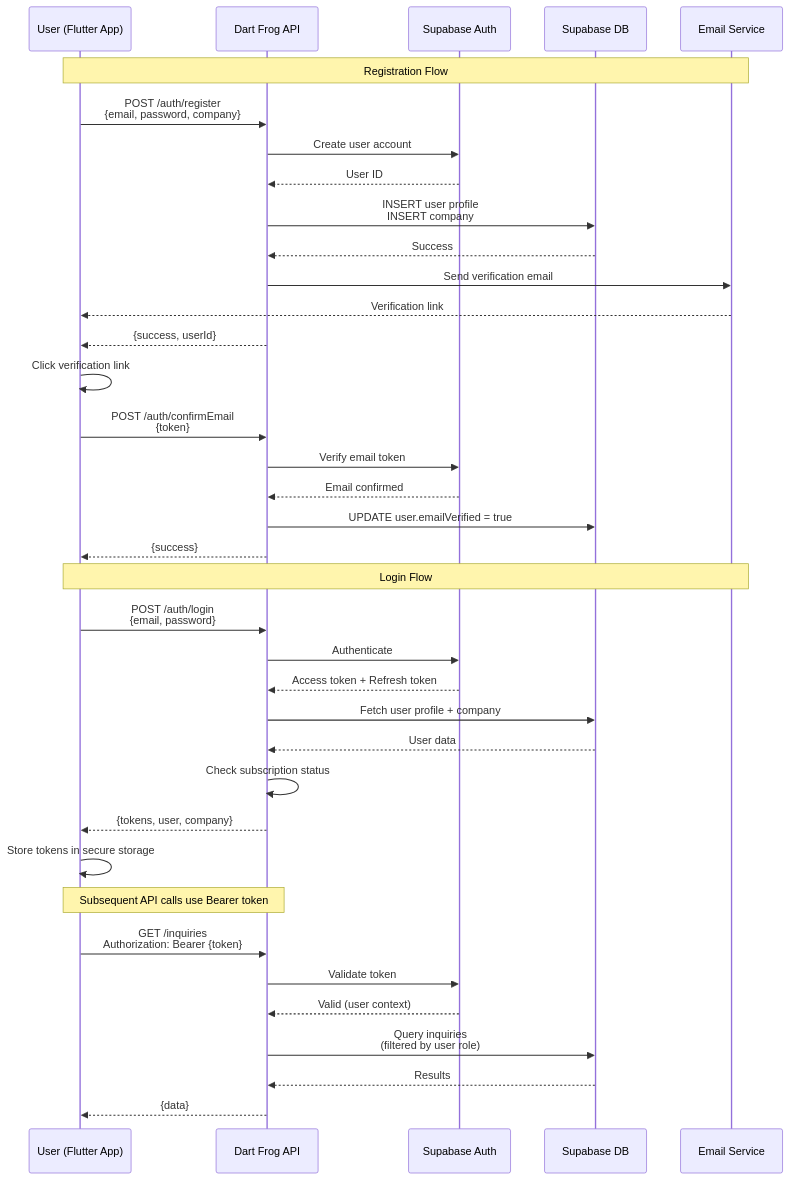
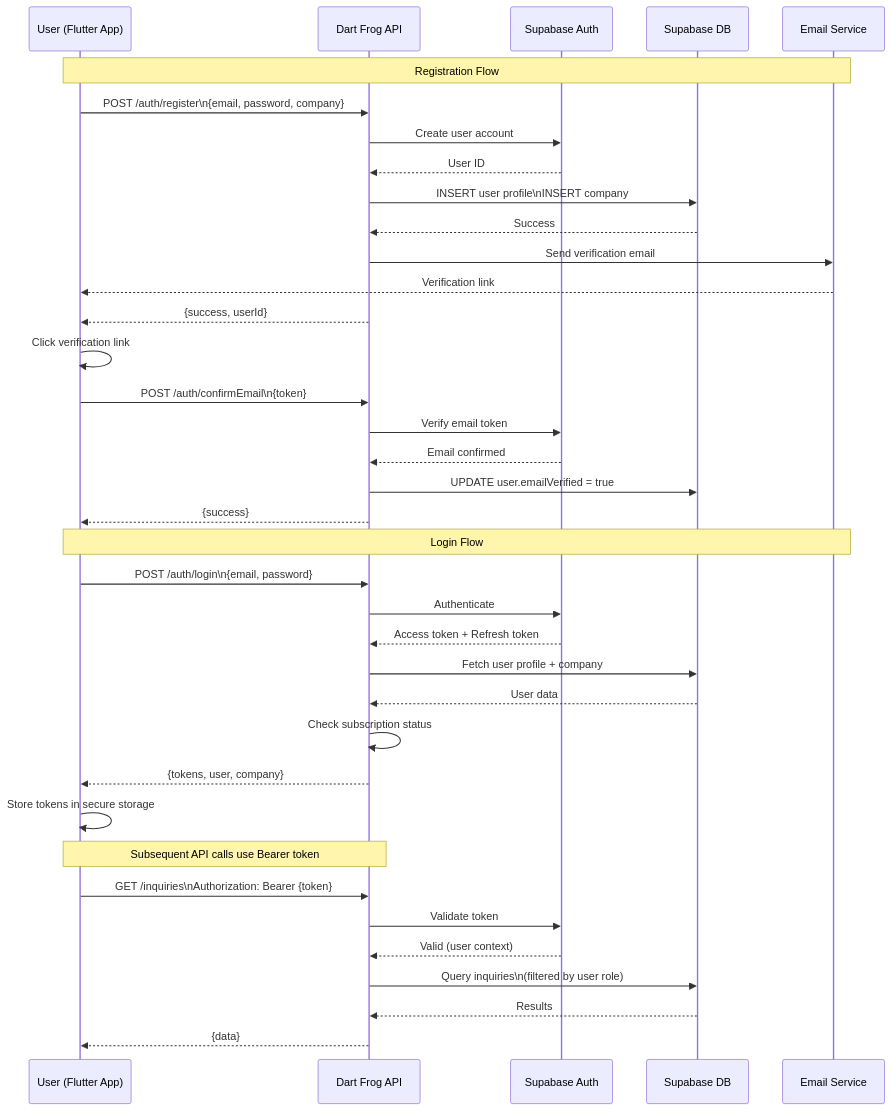
One commit to ednet-org/som-app changed the tenth of 11 diagrams in docs/ARCHITECTURE.md. Above: the diagram before and after it, drawn with Mermaid. The commit also changed other lines of this file and 1 other file, not shown here.

First line of the commit message:
fix(docs): Simplify Mermaid diagram labels for GitHub compatibility.

````diff
--- a/docs/ARCHITECTURE.md
+++ b/docs/ARCHITECTURE.md
@@ -621,47 +621,47 @@
 ```mermaid
 sequenceDiagram
     participant User as User (Flutter App)
     participant API as Dart Frog API
     participant Auth as Supabase Auth
     participant DB as Supabase DB
     participant Email as Email Service
 
     Note over User,Email: Registration Flow
 
-    User->>API: POST /auth/register<br/>{email, password, company}
+    User->>API: POST /auth/register\n{email, password, company}
     API->>Auth: Create user account
     Auth-->>API: User ID
-    API->>DB: INSERT user profile<br/>INSERT company
+    API->>DB: INSERT user profile\nINSERT company
     DB-->>API: Success
     API->>Email: Send verification email
     Email-->>User: Verification link
     API-->>User: {success, userId}
 
     User->>User: Click verification link
-    User->>API: POST /auth/confirmEmail<br/>{token}
+    User->>API: POST /auth/confirmEmail\n{token}
     API->>Auth: Verify email token
     Auth-->>API: Email confirmed
     API->>DB: UPDATE user.emailVerified = true
     API-->>User: {success}
 
     Note over User,Email: Login Flow
 
-    User->>API: POST /auth/login<br/>{email, password}
+    User->>API: POST /auth/login\n{email, password}
     API->>Auth: Authenticate
     Auth-->>API: Access token + Refresh token
     API->>DB: Fetch user profile + company
     DB-->>API: User data
     API->>API: Check subscription status
     API-->>User: {tokens, user, company}
 
     User->>User: Store tokens in secure storage
 
     Note over User,API: Subsequent API calls use Bearer token
 
-    User->>API: GET /inquiries<br/>Authorization: Bearer {token}
+    User->>API: GET /inquiries\nAuthorization: Bearer {token}
     API->>Auth: Validate token
     Auth-->>API: Valid (user context)
-    API->>DB: Query inquiries<br/>(filtered by user role)
+    API->>DB: Query inquiries\n(filtered by user role)
     DB-->>API: Results
     API-->>User: {data}
 ```
````
